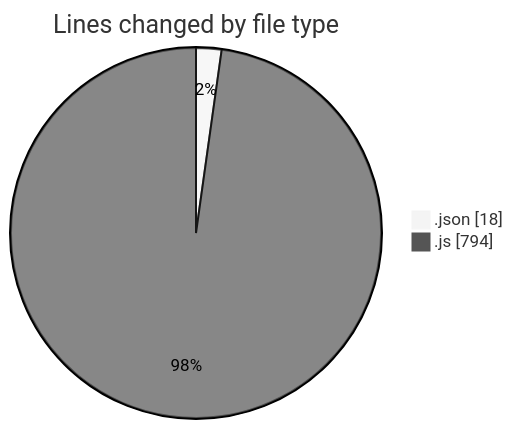
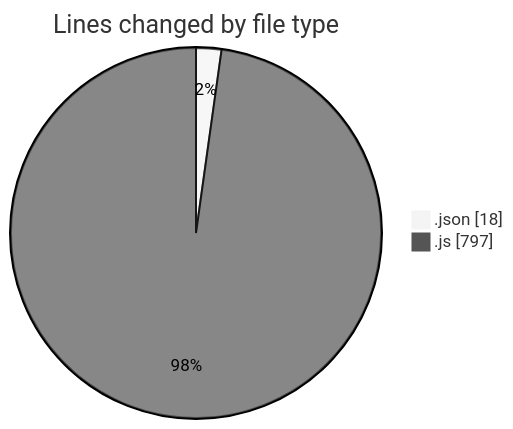
One commit to BS-eng2023/code-tracking changed the first of 2 diagrams in 2025-04-01/jsvms/README.md. Above: the diagram before and after it, drawn with Mermaid (neutral theme). The commit also changed other lines of this file and 1 other file, not shown here.

````diff
--- a/2025-04-01/jsvms/README.md
+++ b/2025-04-01/jsvms/README.md
@@ -31,6 +31,6 @@
 ```mermaid
 pie showData
 title Lines changed by file type
 ".json" : 18
-".js" : 794
+".js" : 797
 ```
````
